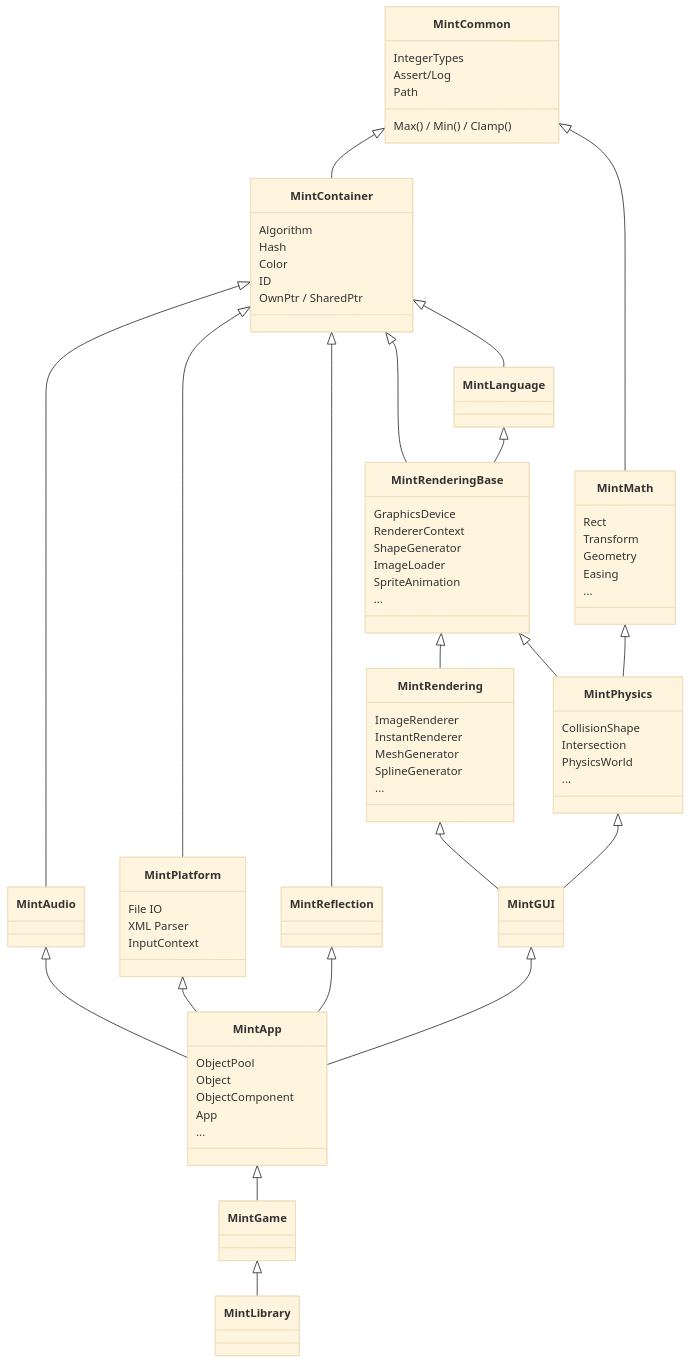
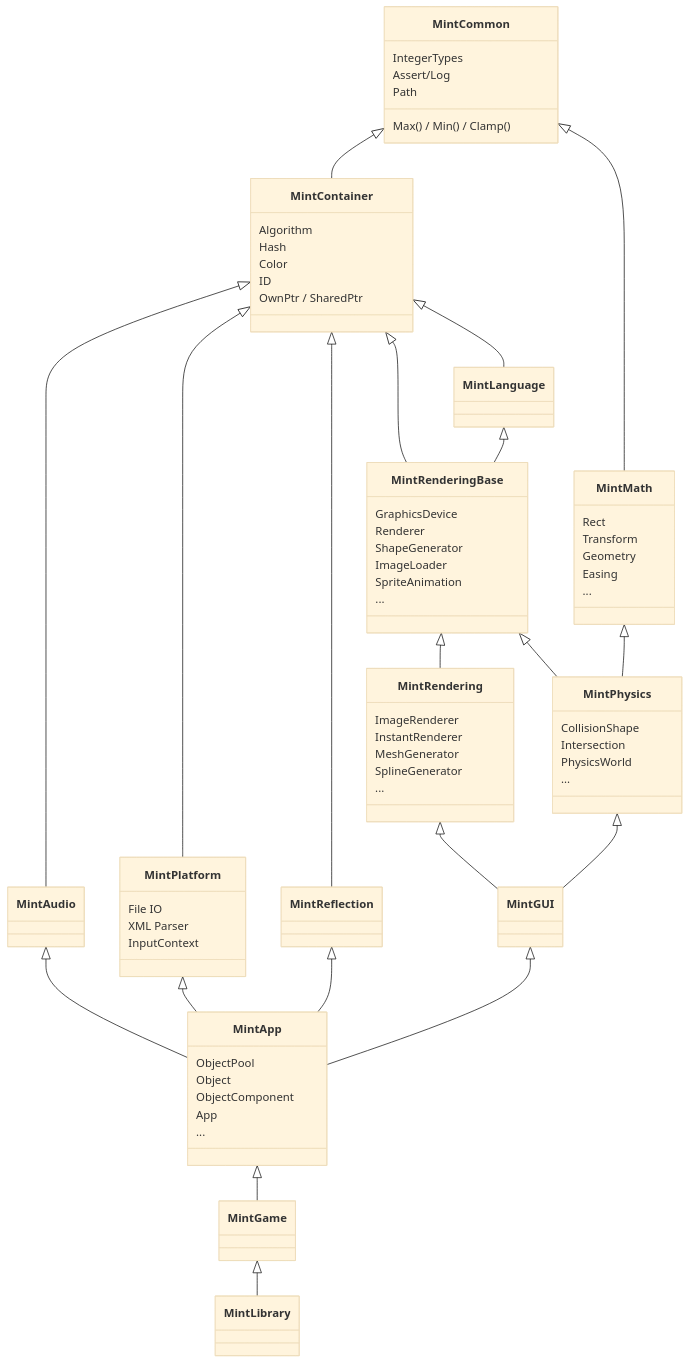
One commit to principal6/MintLibrary changed the diagram in MintCommon/LibraryStructure.md. Above: the diagram before and after it, drawn with Mermaid (base theme). The commit also changed 36 other files, not shown here.

Commit message:
renamed -RendererContext to -Renderer

```diff
--- a/MintCommon/LibraryStructure.md
+++ b/MintCommon/LibraryStructure.md
@@ -56,7 +56,7 @@
     }
     class MintRenderingBase{
         GraphicsDevice
-        RendererContext
+        Renderer
         ShapeGenerator
         ImageLoader
         SpriteAnimation
```
